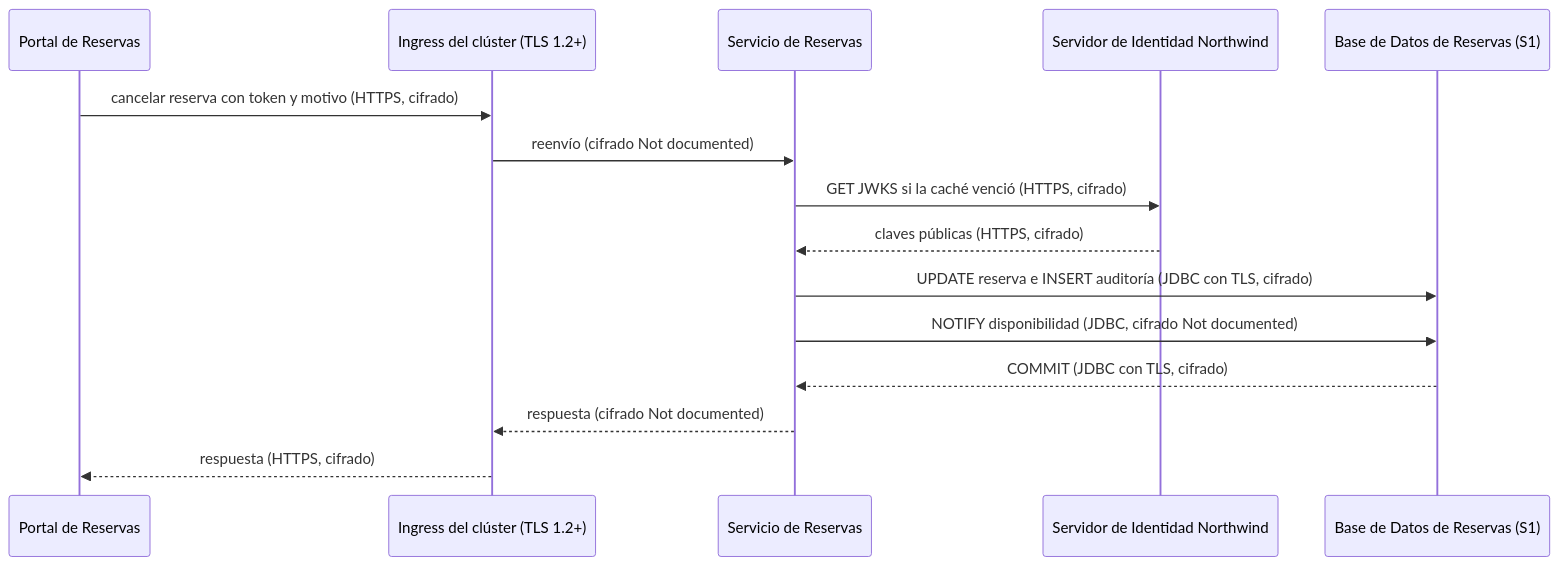
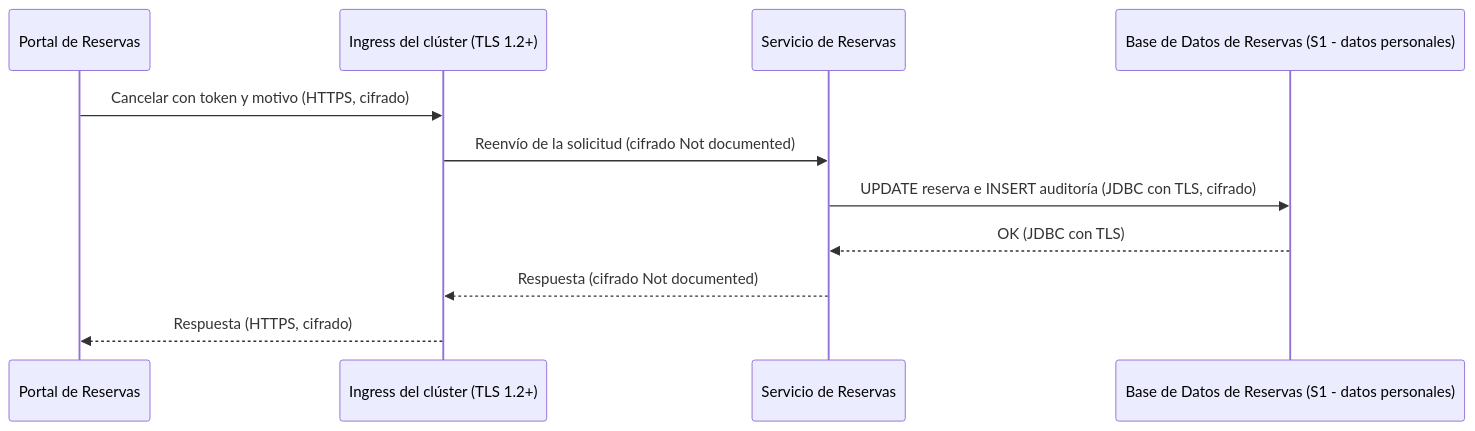
Before and after one commit to shadowX4fox/northwind-reservas: the second of 3 diagrams in analysis/DATA-SENSITIVITY-2026-11-03.md, drawn with Mermaid. The commit also changed other lines of this file and 7 other files, not shown here.

````diff
--- a/analysis/DATA-SENSITIVITY-2026-11-03.md
+++ b/analysis/DATA-SENSITIVITY-2026-11-03.md
@@ -77,17 +72,13 @@
 ```mermaid
 sequenceDiagram
   participant Portal as Portal de Reservas
   participant Ingress as Ingress del clúster (TLS 1.2+)
   participant Servicio as Servicio de Reservas
-  participant IdP as Servidor de Identidad Northwind
-  participant DB as Base de Datos de Reservas (S1)
-  Portal->>Ingress: cancelar reserva con token y motivo (HTTPS, cifrado)
-  Ingress->>Servicio: reenvío (cifrado Not documented)
-  Servicio->>IdP: GET JWKS si la caché venció (HTTPS, cifrado)
-  IdP-->>Servicio: claves públicas (HTTPS, cifrado)
+  participant DB as Base de Datos de Reservas (S1 - datos personales)
+  Portal->>Ingress: Cancelar con token y motivo (HTTPS, cifrado)
+  Ingress->>Servicio: Reenvío de la solicitud (cifrado Not documented)
   Servicio->>DB: UPDATE reserva e INSERT auditoría (JDBC con TLS, cifrado)
-  Servicio->>DB: NOTIFY disponibilidad (JDBC, cifrado Not documented)
-  DB-->>Servicio: COMMIT (JDBC con TLS, cifrado)
-  Servicio-->>Ingress: respuesta (cifrado Not documented)
-  Ingress-->>Portal: respuesta (HTTPS, cifrado)
+  DB-->>Servicio: OK (JDBC con TLS)
+  Servicio-->>Ingress: Respuesta (cifrado Not documented)
+  Ingress-->>Portal: Respuesta (HTTPS, cifrado)
 ```
````
